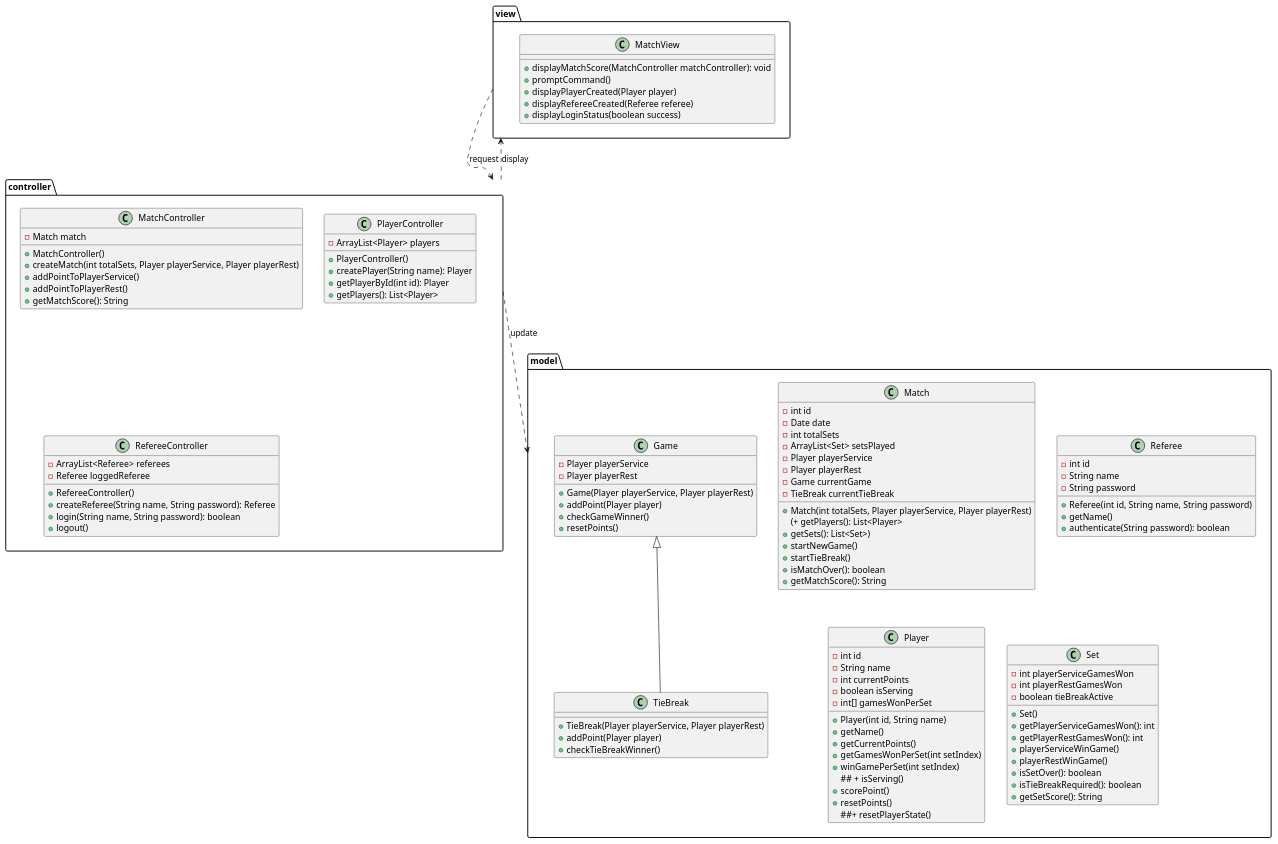
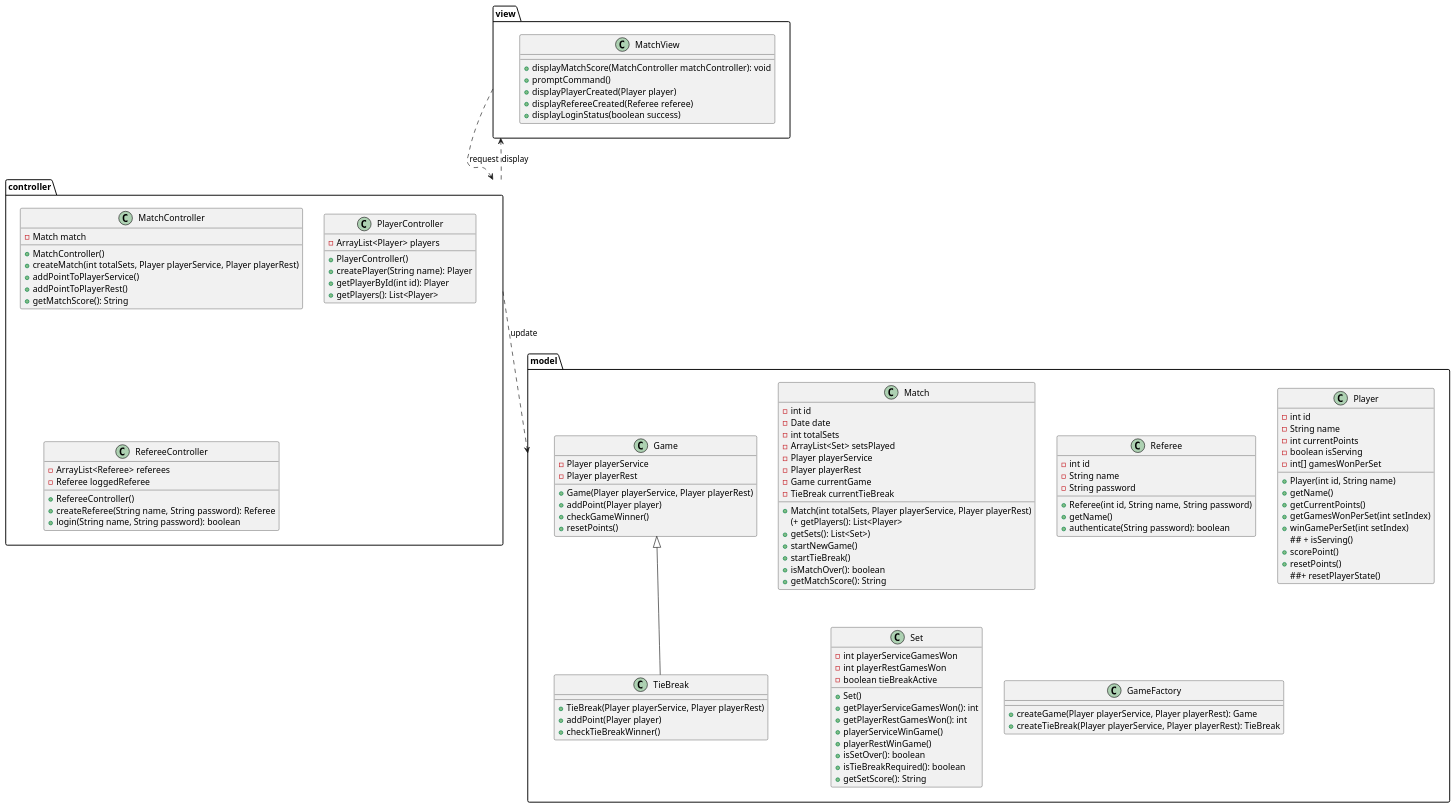
The diagram in docs/diagrams/MVC.plantuml (rafaelacirino/IWVG), drawn with PlantUML before and after one commit. The commit also changed 10 other files, not shown here.

```diff
--- a/docs/diagrams/MVC.plantuml
+++ b/docs/diagrams/MVC.plantuml
@@ -1,130 +1,134 @@
 @startuml
 package "model" {
 
     class Match {
         - int id
         - Date date
         - int totalSets
         - ArrayList<Set> setsPlayed
         - Player playerService
         - Player playerRest
         - Game currentGame
         - TieBreak currentTieBreak
 
         + Match(int totalSets, Player playerService, Player playerRest)
         (+ getPlayers(): List<Player>
         + getSets(): List<Set>)
         + startNewGame()
         + startTieBreak()
         + isMatchOver(): boolean
         + getMatchScore(): String
     }
 
     class Referee {
         - int id
         - String name
         - String password
 
         + Referee(int id, String name, String password)
         + getName()
         + authenticate(String password): boolean
     }
 
     class Player {
         - int id
         - String name
         - int currentPoints
         - boolean isServing
         - int[] gamesWonPerSet
 
         + Player(int id, String name)
         + getName()
         + getCurrentPoints()
         + getGamesWonPerSet(int setIndex)
         + winGamePerSet(int setIndex)
         ## + isServing()
         + scorePoint()
         + resetPoints()
         ##+ resetPlayerState()
     }
 
     class Set {
         - int playerServiceGamesWon
         - int playerRestGamesWon
         - boolean tieBreakActive
 
         + Set()
         + getPlayerServiceGamesWon(): int
         + getPlayerRestGamesWon(): int
         + playerServiceWinGame()
         + playerRestWinGame()
         + isSetOver(): boolean
         + isTieBreakRequired(): boolean
         + getSetScore(): String
     }
 
     class Game {
         - Player playerService
         - Player playerRest
 
         + Game(Player playerService, Player playerRest)
         + addPoint(Player player)
         + checkGameWinner()
         + resetPoints()
 
     }
 
     class TieBreak extends Game{
 
         + TieBreak(Player playerService, Player playerRest)
         + addPoint(Player player)
         + checkTieBreakWinner()
     }
+
+    class GameFactory {
+        + createGame(Player playerService, Player playerRest): Game
+        + createTieBreak(Player playerService, Player playerRest): TieBreak
+    }
 }
 
 package "view" {
     class MatchView {
         + displayMatchScore(MatchController matchController): void
         + promptCommand()
         + displayPlayerCreated(Player player)
         + displayRefereeCreated(Referee referee)
         + displayLoginStatus(boolean success)
     }
 }
 
 package "controller" {
     class MatchController {
         - Match match
 
         + MatchController()
         + createMatch(int totalSets, Player playerService, Player playerRest)
         + addPointToPlayerService()
         + addPointToPlayerRest()
         + getMatchScore(): String
     }
 
     class PlayerController {
         - ArrayList<Player> players
 
         + PlayerController()
         + createPlayer(String name): Player
         + getPlayerById(int id): Player
         + getPlayers(): List<Player>
     }
 
     class RefereeController {
         - ArrayList<Referee> referees
         - Referee loggedReferee
 
         + RefereeController()
         + createReferee(String name, String password): Referee
         + login(String name, String password): boolean
-        + logout()
     }
 }
 
 "controller" ..> "model" : update
 "view" ..> "controller" : request
 "controller" ..> "view" : display
 
 @enduml
```
